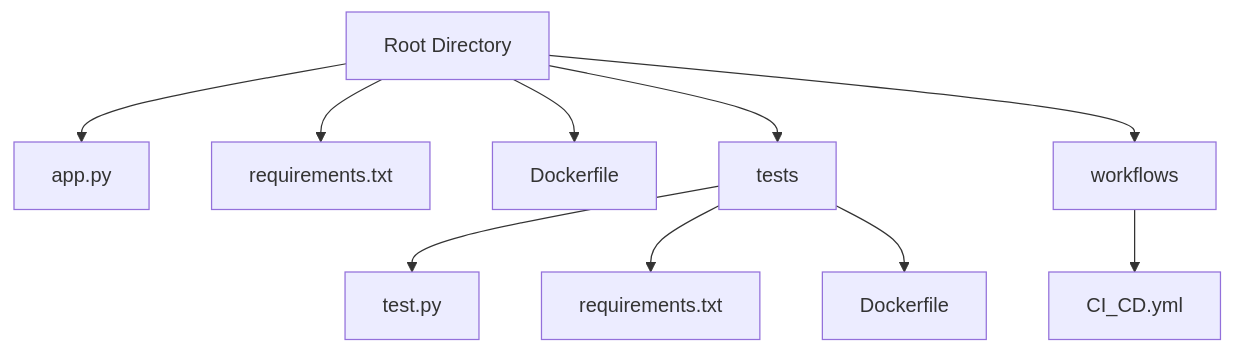
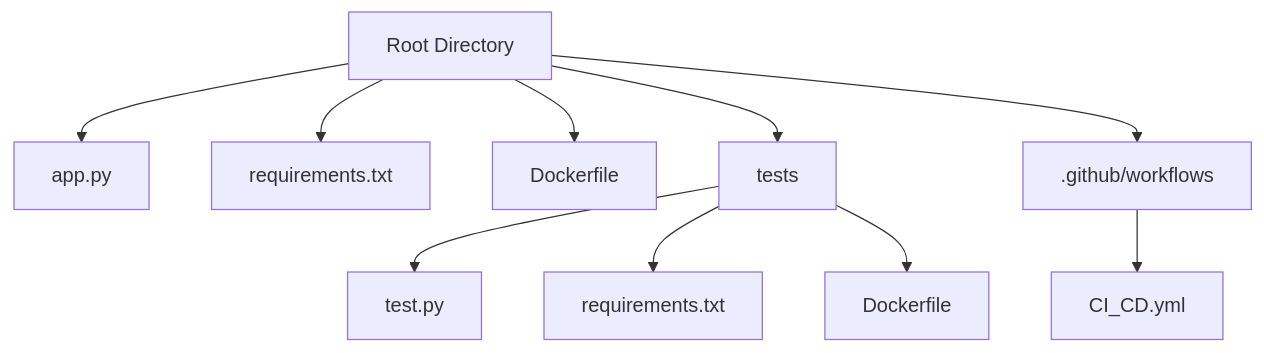
Before and after one commit to serhiiyasenev/multibranch-pipeline-project: the first of 3 diagrams in README.md, drawn with Mermaid.

````diff
--- a/README.md
+++ b/README.md
@@ -13,13 +13,13 @@
 ```mermaid
 graph TD
   A[Root Directory]
   A --> B[app.py]
   A --> C[requirements.txt]
   A --> D[Dockerfile]
   A --> K[tests]
-  A --> L[workflows]
+  A --> L[.github/workflows]
   K --> K1[test.py]
   K --> K2[requirements.txt]
   K --> K3[Dockerfile]
   L --> L1[CI_CD.yml]
 ```
````
